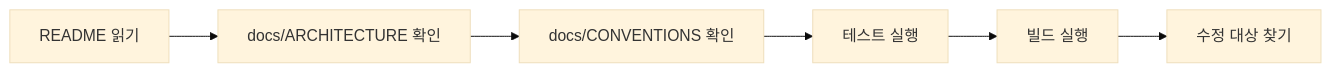
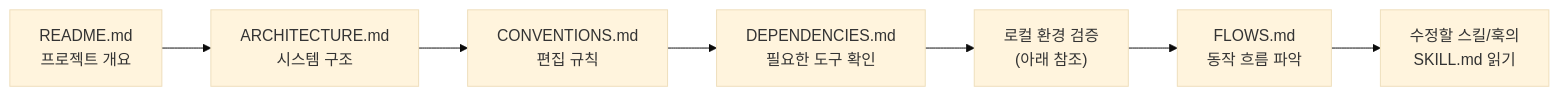
Before and after one commit to Jimmy-Jung/ai-symbiote: the first of 2 diagrams in docs/ONBOARDING.md, drawn with Mermaid (base theme). The commit also changed other lines of this file and 5 other files, not shown here.

````diff
--- a/docs/ONBOARDING.md
+++ b/docs/ONBOARDING.md
@@ -8,8 +8,9 @@
 ```mermaid
 flowchart LR
-    A["README 읽기"] --> B["docs/ARCHITECTURE 확인"]
-    B --> C["docs/CONVENTIONS 확인"]
-    C --> D["테스트 실행"]
-    D --> E["빌드 실행"]
-    E --> F["수정 대상 찾기"]
+    A["README.md<br/>프로젝트 개요"] --> B["ARCHITECTURE.md<br/>시스템 구조"]
+    B --> C["CONVENTIONS.md<br/>편집 규칙"]
+    C --> D["DEPENDENCIES.md<br/>필요한 도구 확인"]
+    D --> E["로컬 환경 검증<br/>(아래 참조)"]
+    E --> F["FLOWS.md<br/>동작 흐름 파악"]
+    F --> G["수정할 스킬/훅의<br/>SKILL.md 읽기"]
 ```
````
